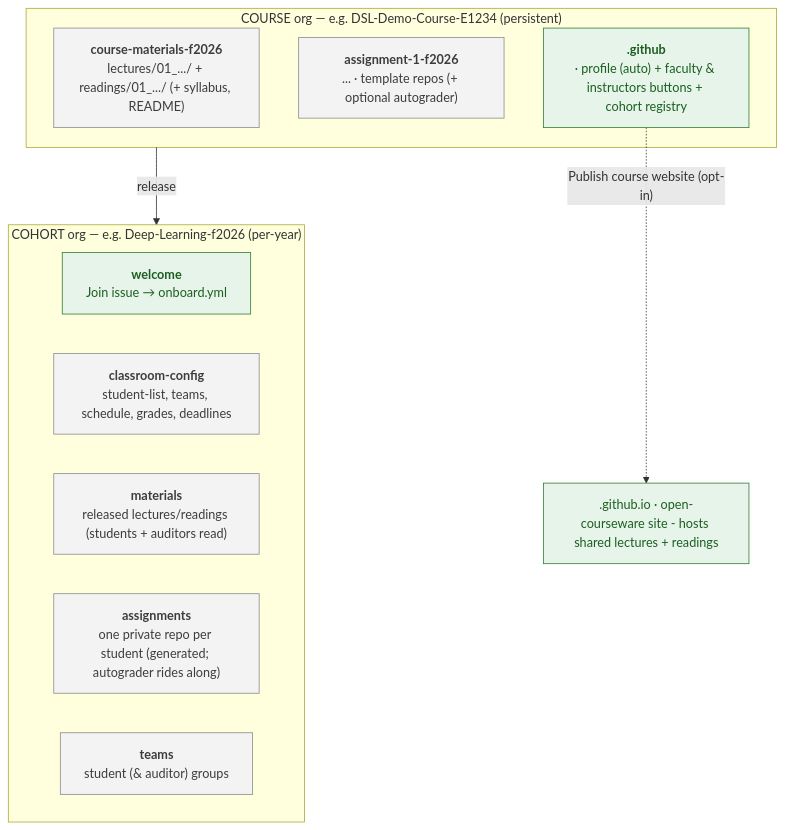
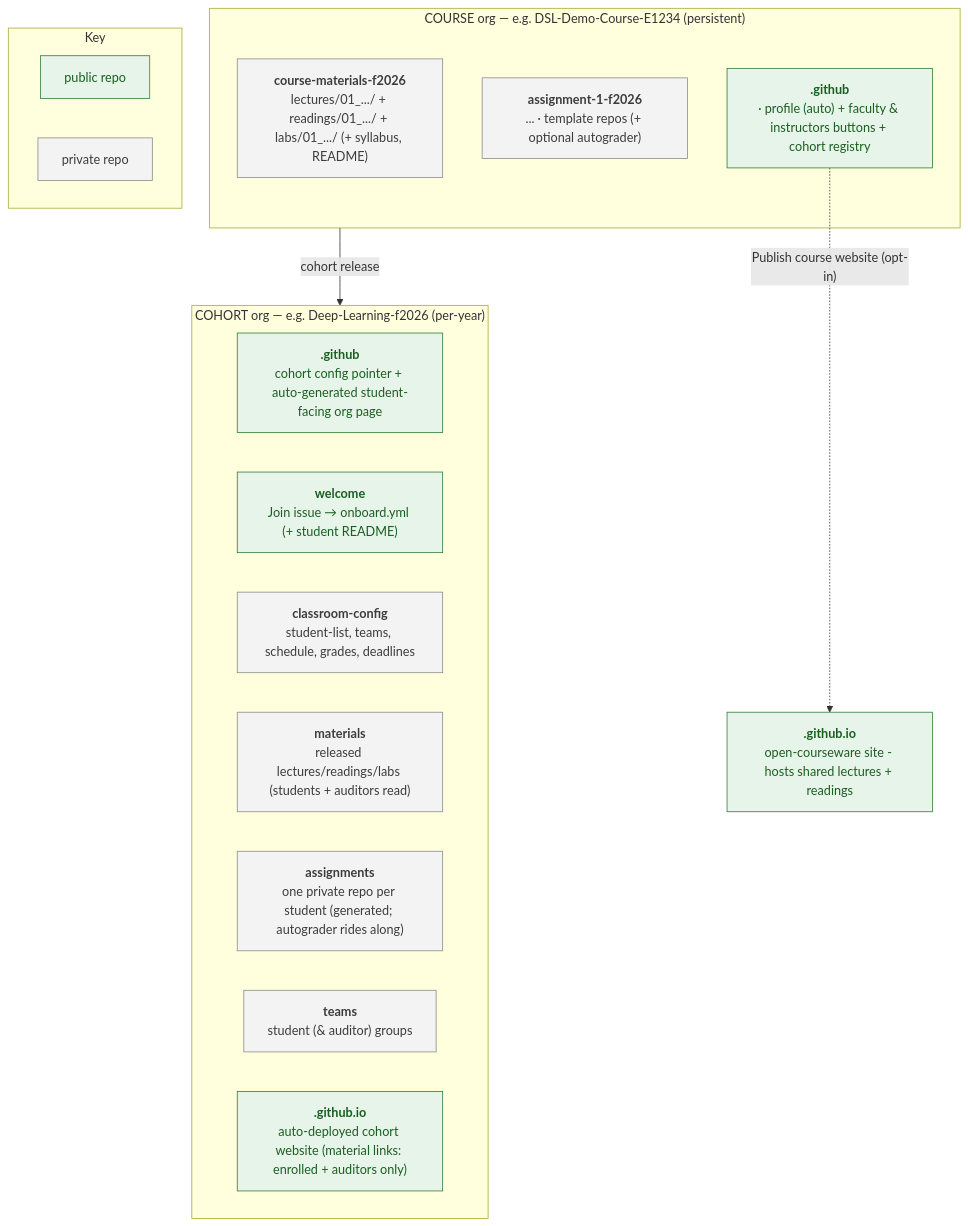
One commit to hertie-data-science-lab/dsl-teaching-course-setup changed the diagram in README.md. Above: the diagram before and after it, drawn with Mermaid. The commit also changed other lines of this file and 16 other files, not shown here.

First line of the commit message:
docs(schema): per-step tables, live examples everywhere, modernised example-course

````diff
--- a/README.md
+++ b/README.md
@@ -47,42 +52,55 @@
 ```mermaid
 flowchart TB
   subgraph COURSE["COURSE org — e.g. DSL-Demo-Course-E1234 (persistent)"]
     mat["`**course-materials-f2026**
 
-lectures/01_.../ + readings/01_.../ (+ syllabus, README)`"]
+lectures/01_.../ + readings/01_.../ + labs/01_.../ (+ syllabus, README)`"]
     tmpl["`**assignment-1-f2026**
 
 ... · template repos (+ optional autograder)`"]
     gh["`**.github**
 
 · profile (auto) + faculty & instructors buttons + cohort registry`"]
   end
 
   subgraph COHORT["COHORT org — e.g. Deep-Learning-f2026 (per-year)"]
+    cgh["`**.github**
+
+cohort config pointer + auto-generated student-facing org page`"]
     welcome["`**welcome**
 
-Join issue → onboard.yml`"]
+Join issue → onboard.yml (+ student README)`"]
     cfg["`**classroom-config**
 
 student-list, teams, schedule, grades, deadlines`"]
     cmat["`**materials**
 
-released lectures/readings (students + auditors read)`"]
+released lectures/readings/labs (students + auditors read)`"]
     repos["`**assignments**
 
 one private repo per student (generated; autograder rides along)`"]
     team["`**teams**
 
 student (& auditor) groups`"]
+    site["`**<cohort>.github.io**
+
+auto-deployed cohort website (material links: enrolled + auditors only)`"]
   end
 
-  pub["`<course-org>.github.io · open-courseware site - hosts shared lectures + readings`"]
+  pub["`**<course-org>.github.io**
 
-  COURSE -->|"release"| COHORT
+open-courseware site - hosts shared lectures + readings`"]
+
+  COURSE -->|"cohort release"| COHORT
   gh -.->|"Publish course website (opt-in)"| pub
+
+  subgraph KEY["Key"]
+    keypub["public repo"]
+    keypriv["private repo"]
+  end
 
   classDef public fill:#e6f4ea,stroke:#2e7d32,color:#1b5e20;
   classDef private fill:#f3f3f3,stroke:#8a8a8a,color:#3c3c3c;
-  class gh,welcome,pub public;
-  class mat,tmpl,cfg,cmat,repos,team private;
+  class gh,cgh,welcome,site,pub,keypub public;
+  class mat,tmpl,cfg,cmat,repos,team,keypriv private;
 ```
````
